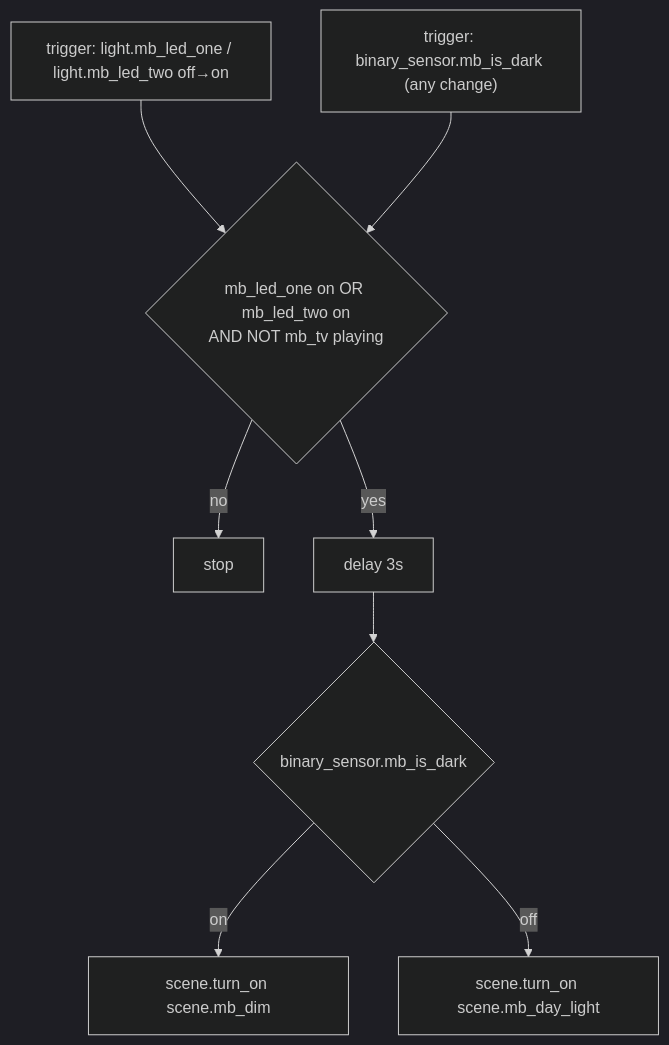
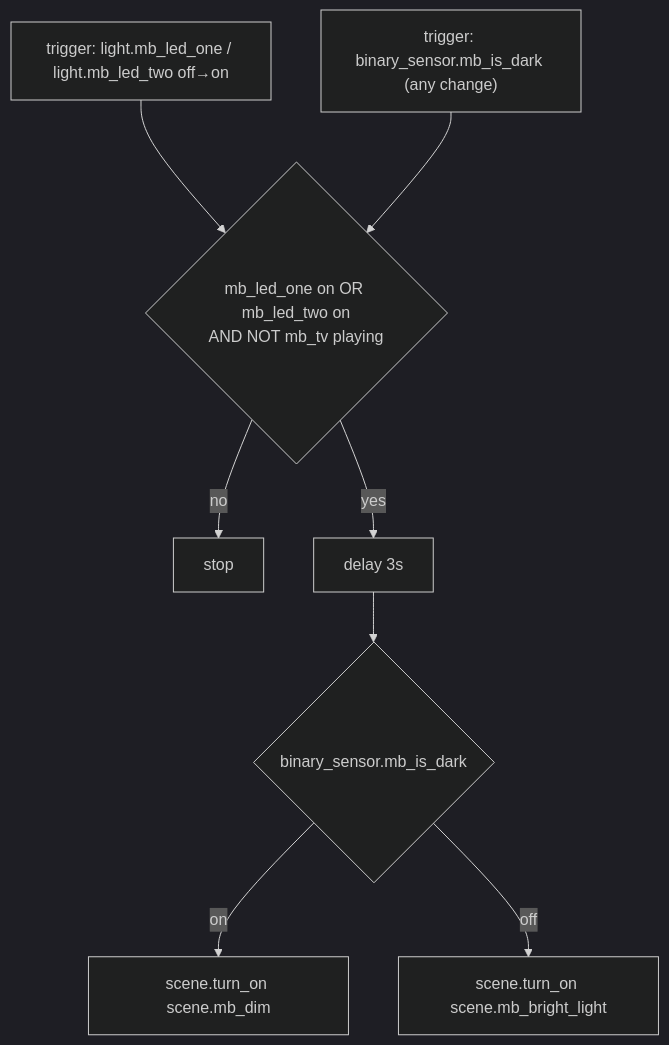
The first of 2 diagrams in docs/automations/master_bedroom.md (nerami/terminus-config), drawn with Mermaid (dark theme) before and after one commit. The commit also changed other lines of this file and 15 other files, not shown here.

First line of the commit message:
fix+refactor: TV/lamp schedule conflict, doc cleanup, Day Light/low_light rename

````diff
--- a/docs/automations/master_bedroom.md
+++ b/docs/automations/master_bedroom.md
@@ -15,13 +15,13 @@
 ```mermaid
 flowchart TD
     T1["trigger: light.mb_led_one / light.mb_led_two off→on"]
     T2["trigger: binary_sensor.mb_is_dark (any change)"]
     T1 --> C
     T2 --> C
     C{"mb_led_one on OR mb_led_two on\nAND NOT mb_tv playing"}
     C -- no --> X["stop"]
     C -- yes --> D["delay 3s"]
     D --> S{"binary_sensor.mb_is_dark"}
     S -- on --> DIM["scene.turn_on scene.mb_dim"]
-    S -- off --> DAY["scene.turn_on scene.mb_day_light"]
+    S -- off --> DAY["scene.turn_on scene.mb_bright_light"]
 ```
````
